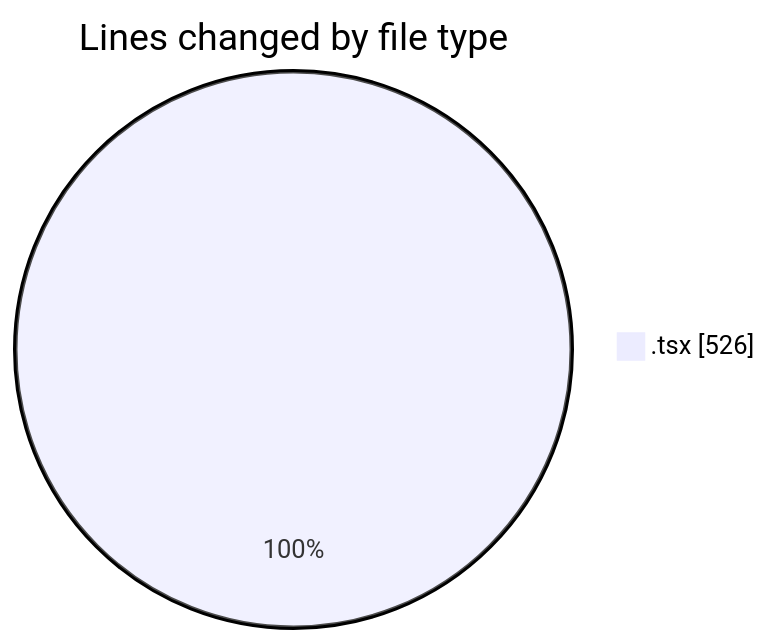
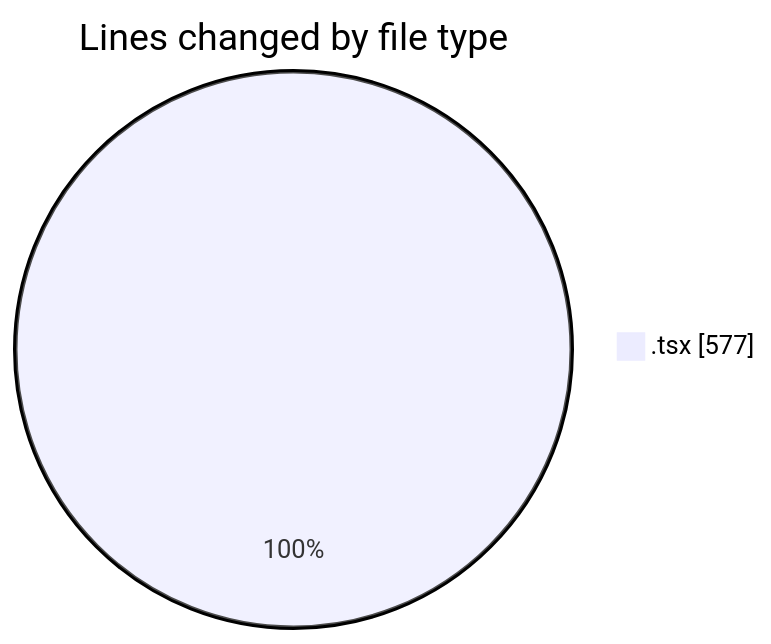
One commit to momahboobian/code-tracking changed the first of 2 diagrams in 2025-02-12/cda/README.md. Above: the diagram before and after it, drawn with Mermaid. The commit also changed other lines of this file and 1 other file, not shown here.

````diff
--- a/2025-02-12/cda/README.md
+++ b/2025-02-12/cda/README.md
@@ -21,5 +21,5 @@
 ```mermaid
 pie showData
 title Lines changed by file type
-".tsx" : 526
+".tsx" : 577
 ```
````
